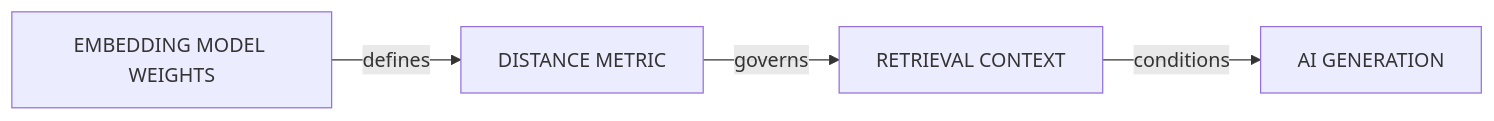
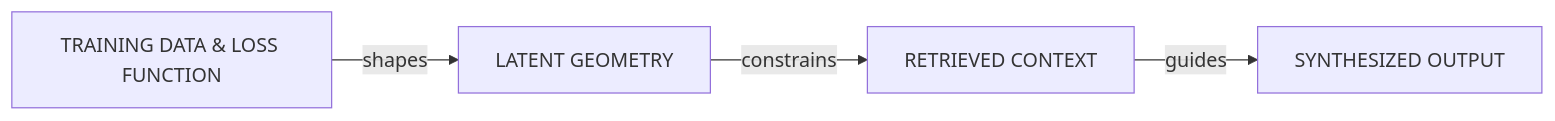
The fourth of 4 diagrams in _posts/2026-09-26-foucault-borges-vector-space.md (mynameisjpg/mynameisjpg), drawn with Mermaid before and after one commit. The commit also changed other lines of this file and 2 other files, not shown here.

Commit message:
refactor(content): humanize Foucault & Borges essay with modern LLM architecture caveats

````diff
--- a/_posts/2026-09-26-foucault-borges-vector-space.md
+++ b/_posts/2026-09-26-foucault-borges-vector-space.md
@@ -151,4 +170,4 @@
 ```mermaid
 flowchart LR
-    W["EMBEDDING MODEL WEIGHTS"] -->|"defines"| D["DISTANCE METRIC"] -->|"governs"| R["RETRIEVAL CONTEXT"] -->|"conditions"| G["AI GENERATION"]
+    W["TRAINING DATA & LOSS FUNCTION"] -->|"shapes"| D["LATENT GEOMETRY"] -->|"constrains"| R["RETRIEVED CONTEXT"] -->|"guides"| G["SYNTHESIZED OUTPUT"]
 ```
````
